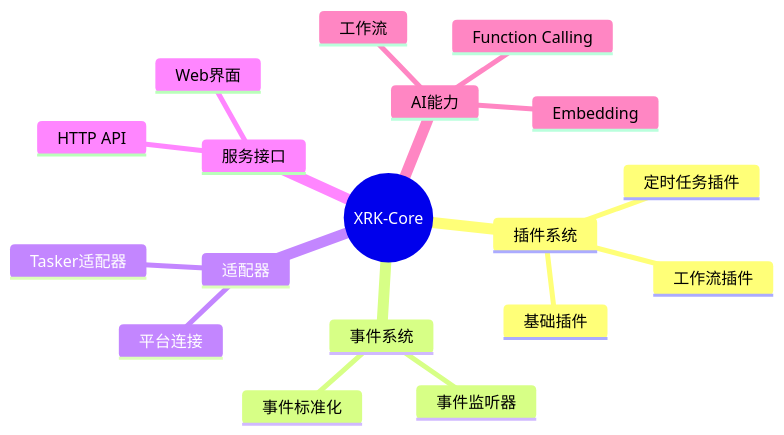
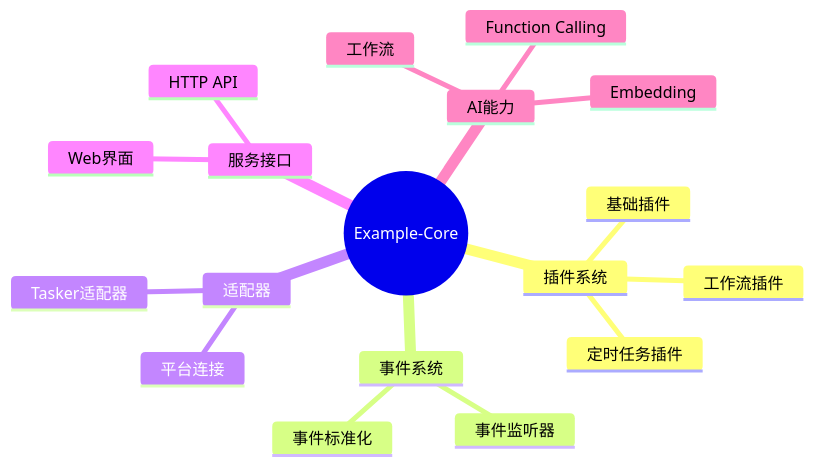
The third of 3 diagrams in README.md (sunflowermm/Example-Core), drawn with Mermaid before and after one commit. The commit also changed other lines of this file and 5 other files, not shown here.

````diff
--- a/README.md
+++ b/README.md
@@ -99,21 +96,21 @@
 ```mermaid
 mindmap
-  root((XRK-Core))
+  root((Example-Core))
     插件系统
       基础插件
       工作流插件
       定时任务插件
     事件系统
       事件监听器
       事件标准化
     适配器
       Tasker适配器
       平台连接
     服务接口
       HTTP API
       Web界面
     AI能力
       工作流
       Function Calling
       Embedding
 ```
````
